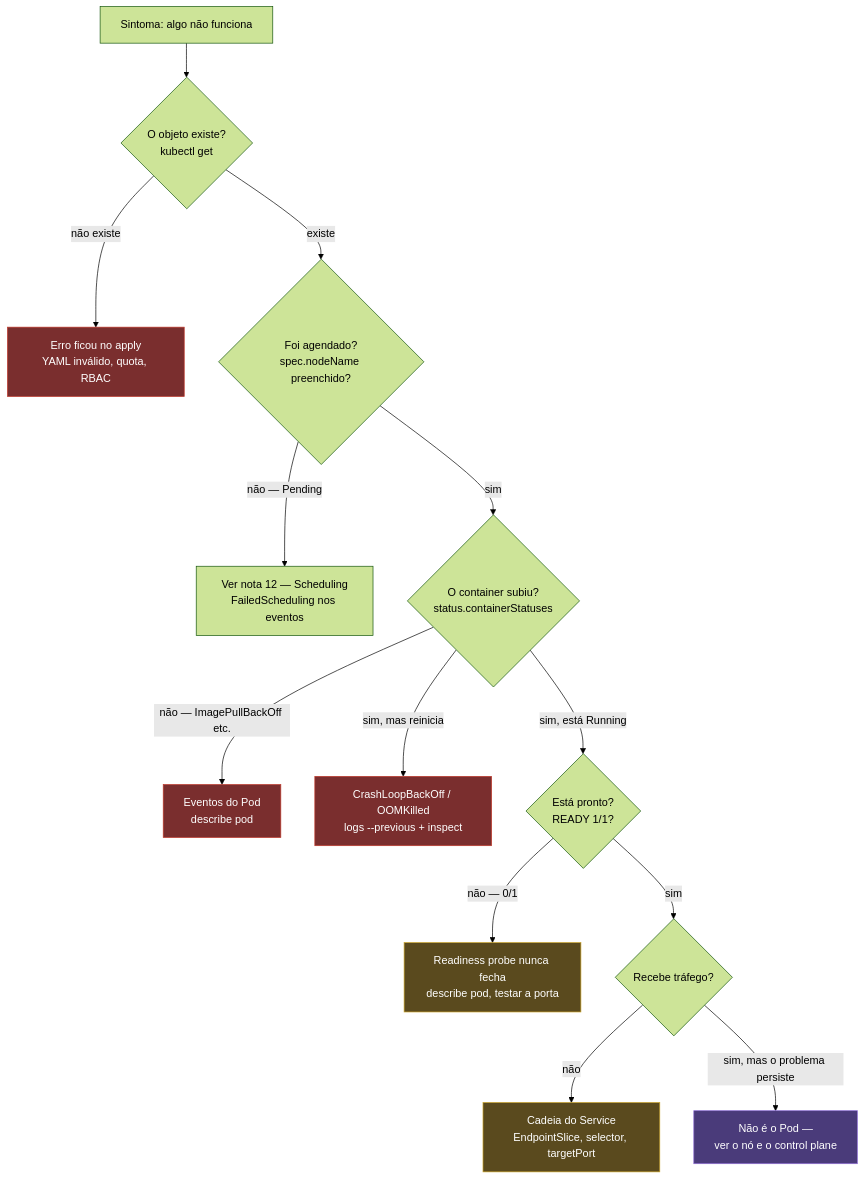
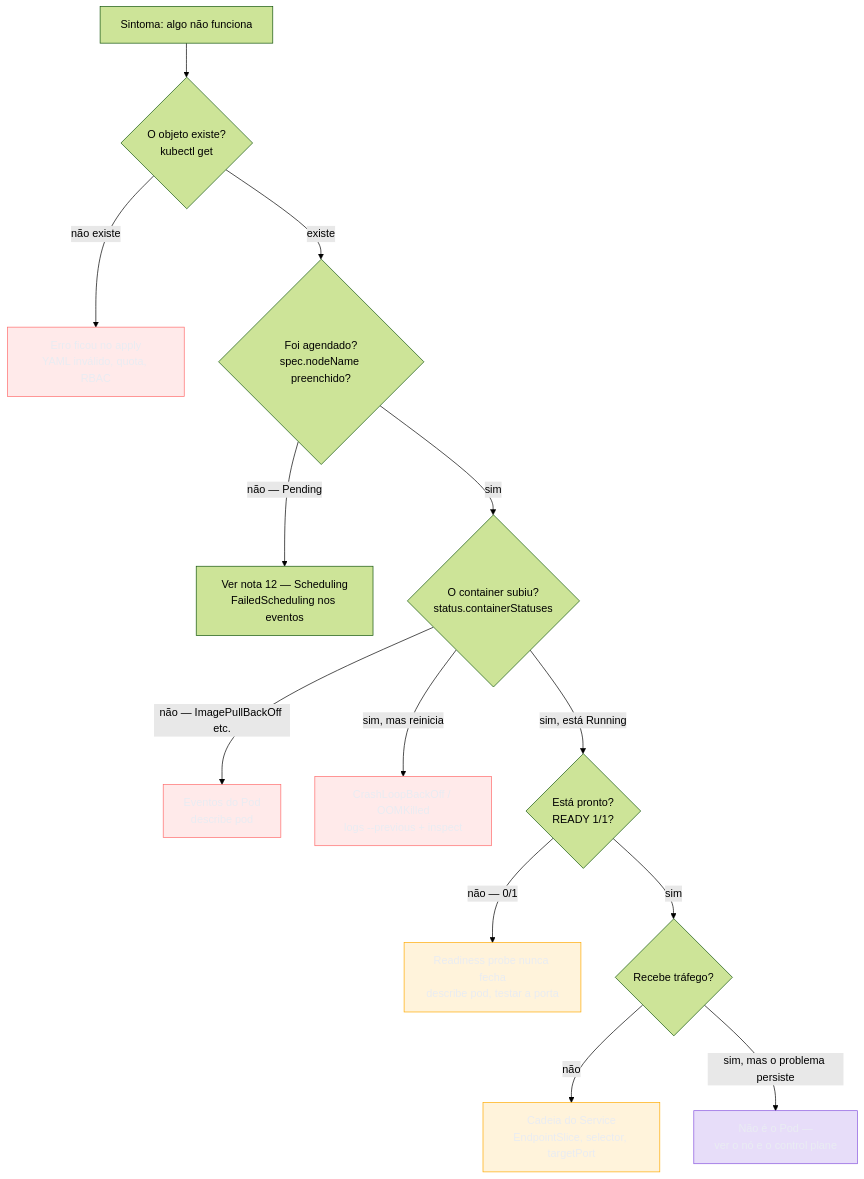
One commit to josenaldo/codex-technomanticus changed the first of 3 diagrams in 03-Dominios/Tecnologia/Infraestrutura/Kubernetes/21 - Depurar um cluster.md. Above: the diagram before and after it, drawn with Mermaid (forest theme). The commit also changed other lines of this file and 1181 other files, not shown here.

First line of the commit message:
fix(diagramas): paleta do sistema no lugar de cor cravada no markdown

````diff
--- a/03-Dominios/Tecnologia/Infraestrutura/Kubernetes/21 - Depurar um cluster.md
+++ b/03-Dominios/Tecnologia/Infraestrutura/Kubernetes/21 - Depurar um cluster.md
@@ -31,22 +31,25 @@
 ```mermaid
 flowchart TD
+    classDef falha fill:#FF6B6B24,stroke:#FF6B6B,color:#E9ECF2
+    classDef destaque fill:#FFAA0024,stroke:#FFAA00,color:#E9ECF2
+    classDef marca fill:#8855DF33,stroke:#8855DF,color:#E9ECF2
     A["Sintoma: algo não funciona"] --> B{"O objeto existe?<br/>kubectl get"}
     B -->|"não existe"| B1["Erro ficou no apply<br/>YAML inválido, quota, RBAC"]
     B -->|"existe"| C{"Foi agendado?<br/>spec.nodeName preenchido?"}
     C -->|"não — Pending"| C1["Ver nota 12 — Scheduling<br/>FailedScheduling nos eventos"]
     C -->|"sim"| D{"O container subiu?<br/>status.containerStatuses"}
     D -->|"não — ImagePullBackOff etc."| D1["Eventos do Pod<br/>describe pod"]
     D -->|"sim, mas reinicia"| D2["CrashLoopBackOff / OOMKilled<br/>logs --previous + inspect"]
     D -->|"sim, está Running"| E{"Está pronto?<br/>READY 1/1?"}
     E -->|"não — 0/1"| E1["Readiness probe nunca fecha<br/>describe pod, testar a porta"]
     E -->|"sim"| F{"Recebe tráfego?"}
     F -->|"não"| F1["Cadeia do Service<br/>EndpointSlice, selector, targetPort"]
     F -->|"sim, mas o problema persiste"| G["Não é o Pod —<br/>ver o nó e o control plane"]
 
-    style B1 fill:#7a2e2e,stroke:#c0392b,color:#fff
-    style D1 fill:#7a2e2e,stroke:#c0392b,color:#fff
-    style D2 fill:#7a2e2e,stroke:#c0392b,color:#fff
-    style E1 fill:#5a4a1e,stroke:#c9a227,color:#fff
-    style F1 fill:#5a4a1e,stroke:#c9a227,color:#fff
-    style G fill:#4a3b7a,stroke:#8e6fd6,color:#fff
+    class B1 falha
+    class D1 falha
+    class D2 falha
+    class E1 destaque
+    class F1 destaque
+    class G marca
 ```
````
